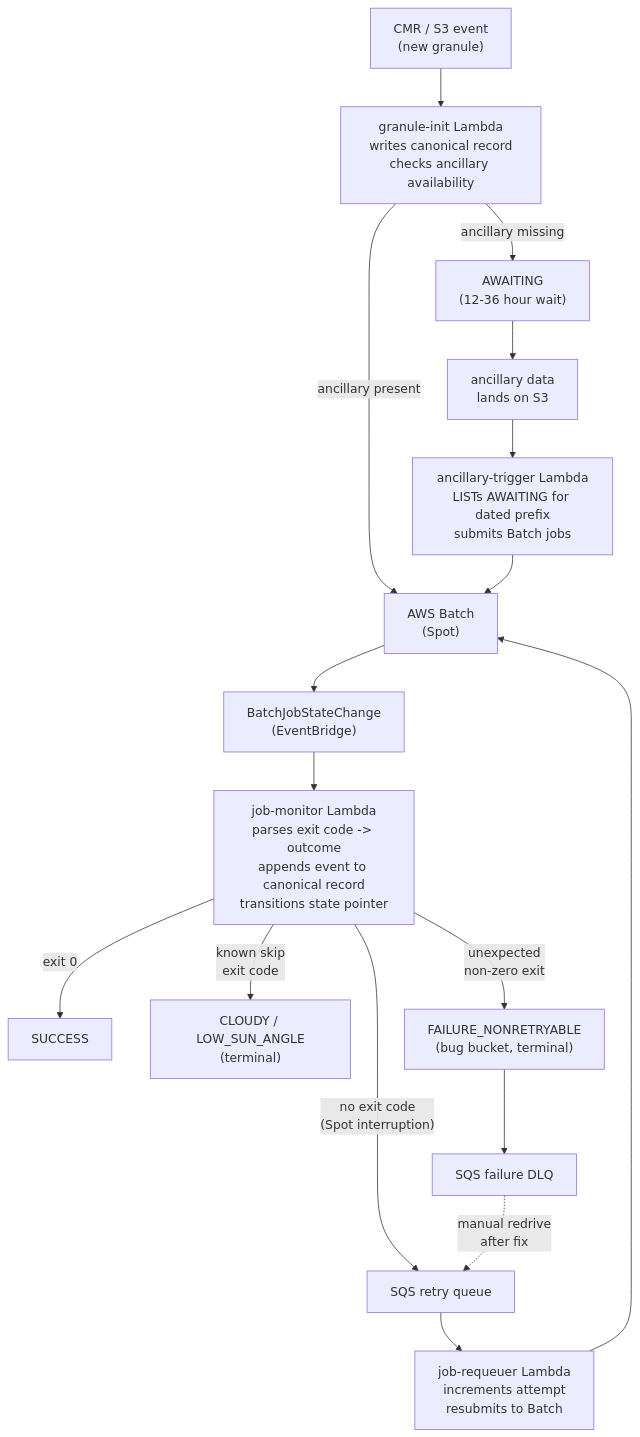
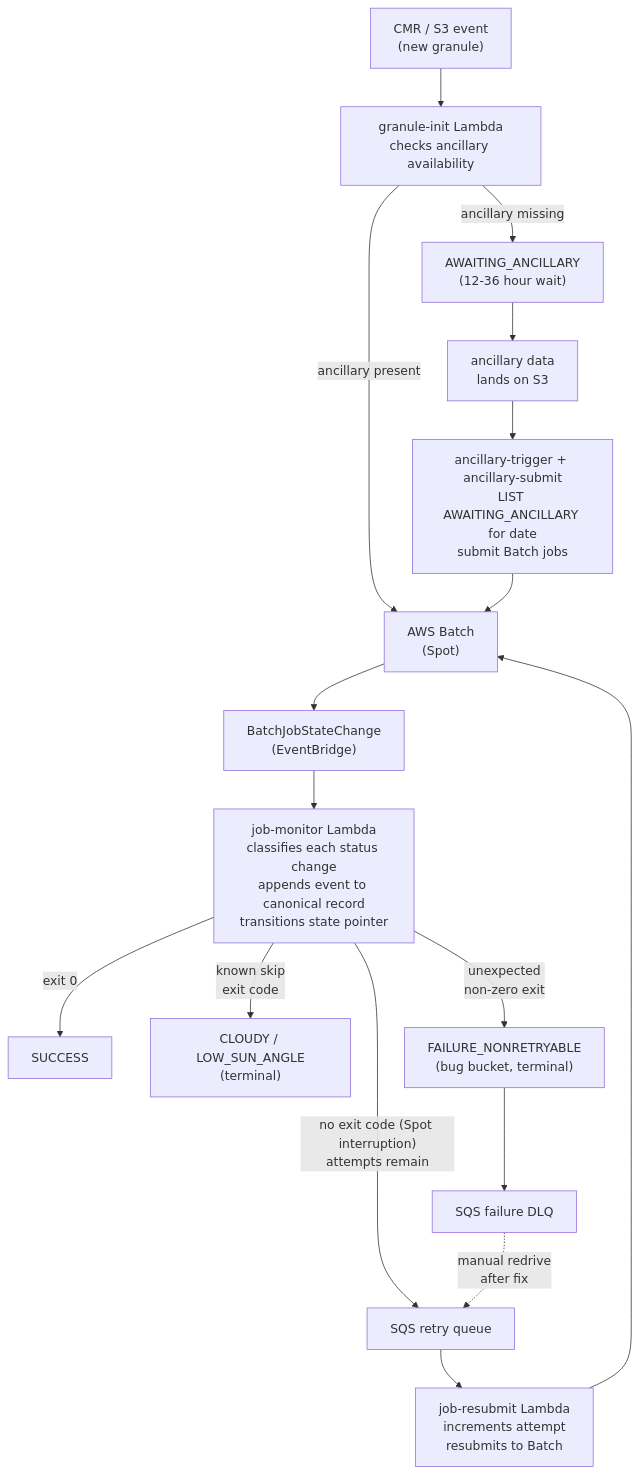
The first of 2 diagrams in docs/orchestration-design.md (NASA-IMPACT/hls-nextgen-orchestration), drawn with Mermaid before and after one commit. The commit also changed other lines of this file, not shown here.

First line of the commit message:
docs: describe the design as built on batch-event-job-monitor

````diff
--- a/docs/orchestration-design.md
+++ b/docs/orchestration-design.md
@@ -141,32 +142,32 @@
 ```mermaid
 flowchart TD
     CMR["CMR / S3 event<br>(new granule)"]
-    INIT["granule-init Lambda<br>writes canonical record<br>checks ancillary availability"]
-    WAIT["AWAITING<br>(12-36 hour wait)"]
+    INIT["granule-init Lambda<br>checks ancillary availability"]
+    WAIT["AWAITING_ANCILLARY<br>(12-36 hour wait)"]
     ANC["ancillary data<br>lands on S3"]
-    TRIG["ancillary-trigger Lambda<br>LISTs AWAITING for dated prefix<br>submits Batch jobs"]
+    TRIG["ancillary-trigger + ancillary-submit<br>LIST AWAITING_ANCILLARY for date<br>submit Batch jobs"]
     BATCH["AWS Batch<br>(Spot)"]
     EB["BatchJobStateChange<br>(EventBridge)"]
-    MON["job-monitor Lambda<br>parses exit code -> outcome<br>appends event to canonical record<br>transitions state pointer"]
+    MON["job-monitor Lambda<br>classifies each status change<br>appends event to canonical record<br>transitions state pointer"]
     SQS["SQS retry queue"]
     DLQ["SQS failure DLQ"]
-    REQUEUE["job-requeuer Lambda<br>increments attempt<br>resubmits to Batch"]
+    REQUEUE["job-resubmit Lambda<br>increments attempt<br>resubmits to Batch"]
 
     TERM_OK["SUCCESS"]
     TERM_SKIP["CLOUDY / LOW_SUN_ANGLE<br>(terminal)"]
     TERM_FAIL["FAILURE_NONRETRYABLE<br>(bug bucket, terminal)"]
 
     CMR --> INIT
     INIT -->|"ancillary missing"| WAIT
     INIT -->|"ancillary present"| BATCH
     WAIT --> ANC --> TRIG --> BATCH
     BATCH --> EB --> MON
 
     MON -->|"exit 0"| TERM_OK
     MON -->|"known skip<br>exit code"| TERM_SKIP
     MON -->|"unexpected<br>non-zero exit"| TERM_FAIL
-    MON -->|"no exit code<br>(Spot interruption)"| SQS
+    MON -->|"no exit code (Spot interruption)<br>attempts remain"| SQS
     TERM_FAIL --> DLQ
     DLQ -.->|"manual redrive<br>after fix"| SQS
     SQS --> REQUEUE --> BATCH
 ```
````
